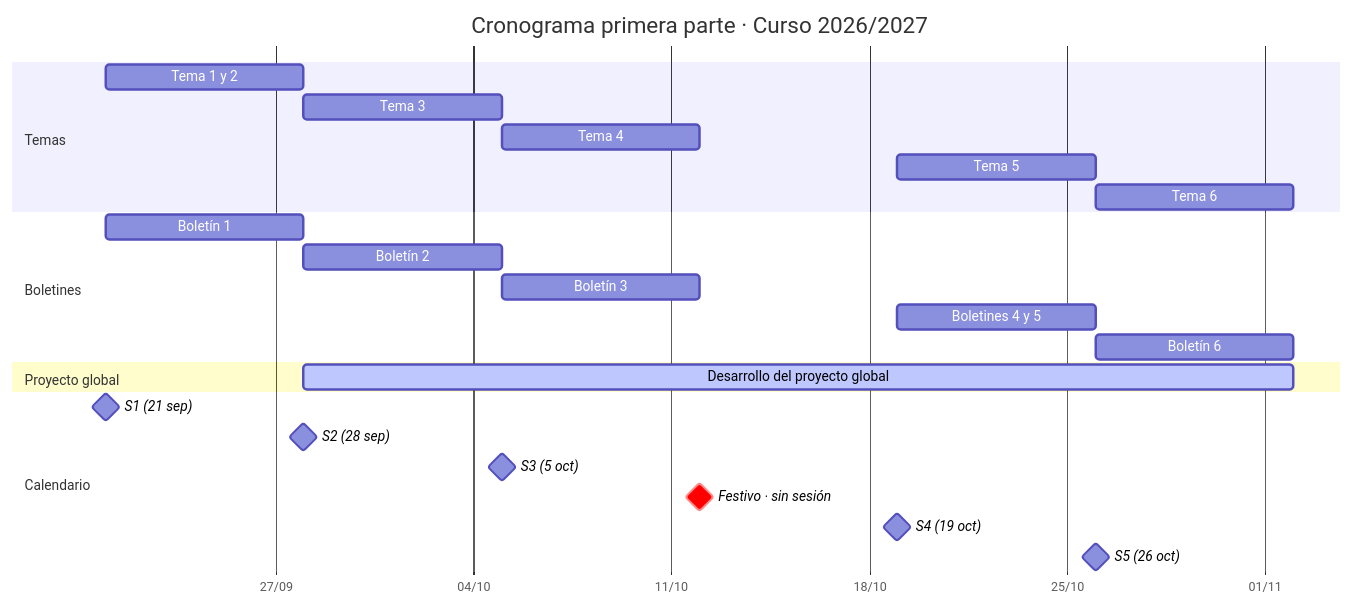
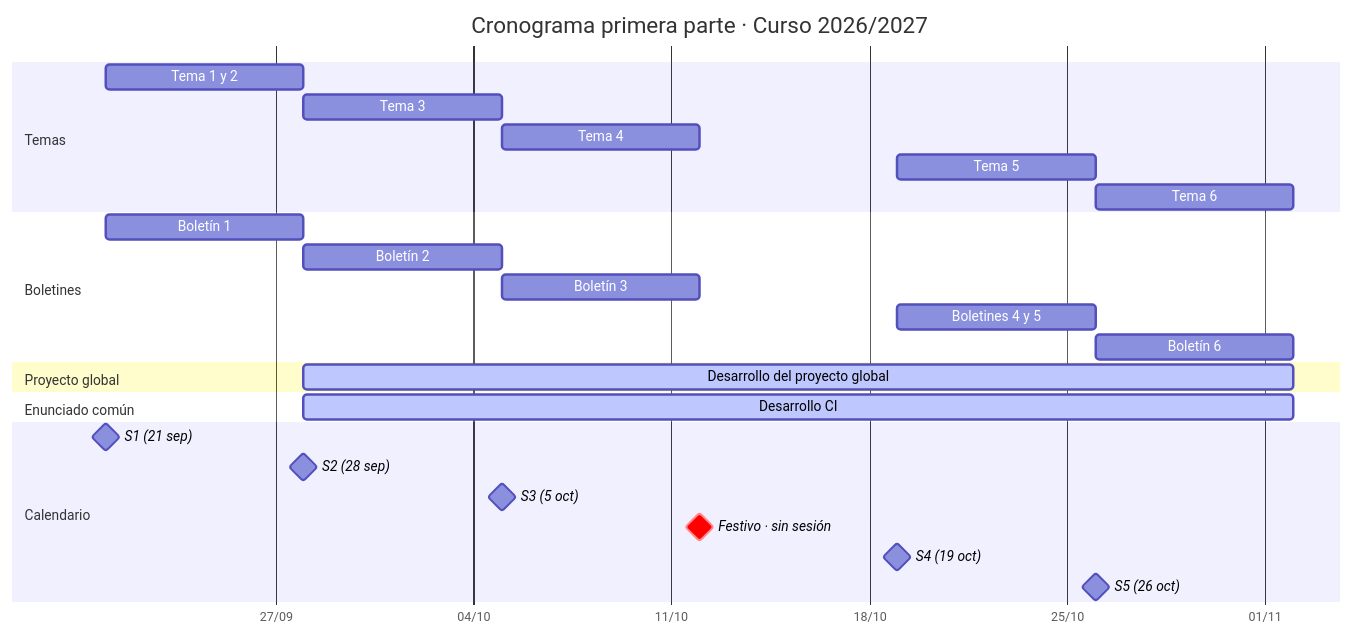
Before and after one commit to practicas-continuas-umu/apuntes: the sixth of 6 diagrams in content/practicas/boletin0-guia-del-curso.md, drawn with Mermaid.

````diff
--- a/content/practicas/boletin0-guia-del-curso.md
+++ b/content/practicas/boletin0-guia-del-curso.md
@@ -320,31 +320,34 @@
 ```mermaid
 gantt
     title Cronograma primera parte · Curso 2026/2027
     dateFormat YYYY-MM-DD
     axisFormat %d/%m
  
     section Temas
     Tema 1 y 2                 :t12,  2026-09-21, 7d
     Tema 3                     :t3,   2026-09-28, 7d
     Tema 4                     :t4,   2026-10-05, 7d
     Tema 5                     :t5,   2026-10-19, 7d
     Tema 6                     :t6,   2026-10-26, 7d
  
     section Boletines
     Boletín 1                  :b1,   2026-09-21, 7d
     Boletín 2                  :b2,   2026-09-28, 7d
     Boletín 3                  :b3,   2026-10-05, 7d
     Boletines 4 y 5             :b45,  2026-10-19, 7d
     Boletín 6                  :b6,   2026-10-26, 7d
  
     section Proyecto global
     Desarrollo del proyecto global :active, pg, 2026-09-28, 2026-11-02
  
+    section Enunciado común
+    Desarrollo CI             :active, pc, 2026-09-28, 2026-11-02
+ 
     section Calendario
     S1 (21 sep)                :milestone, m1, 2026-09-21, 0d
     S2 (28 sep)                :milestone, m2, 2026-09-28, 0d
     S3 (5 oct)                 :milestone, m3, 2026-10-05, 0d
     Festivo · sin sesión       :crit, milestone, m0, 2026-10-12, 0d
     S4 (19 oct)                :milestone, m4, 2026-10-19, 0d
     S5 (26 oct)                :milestone, m5, 2026-10-26, 0d
 ```
````
